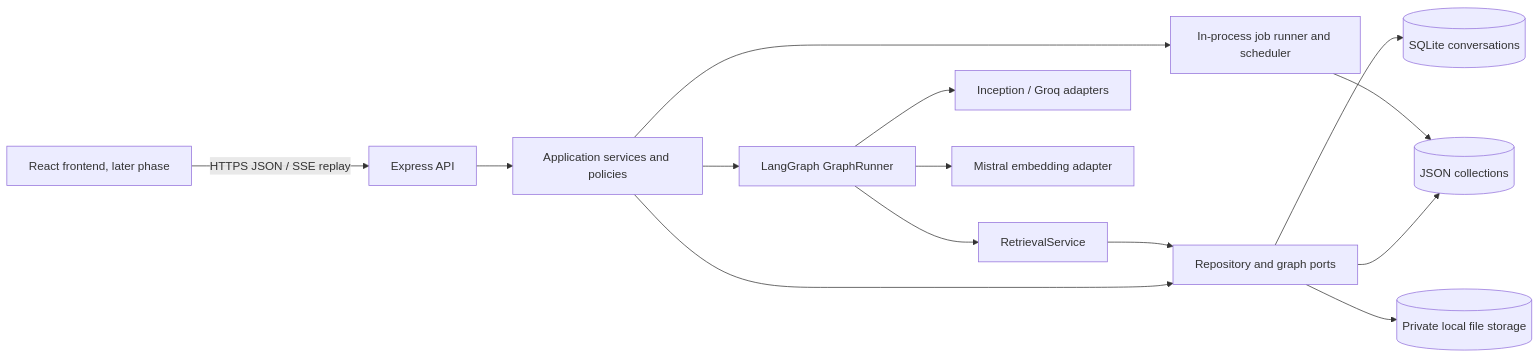
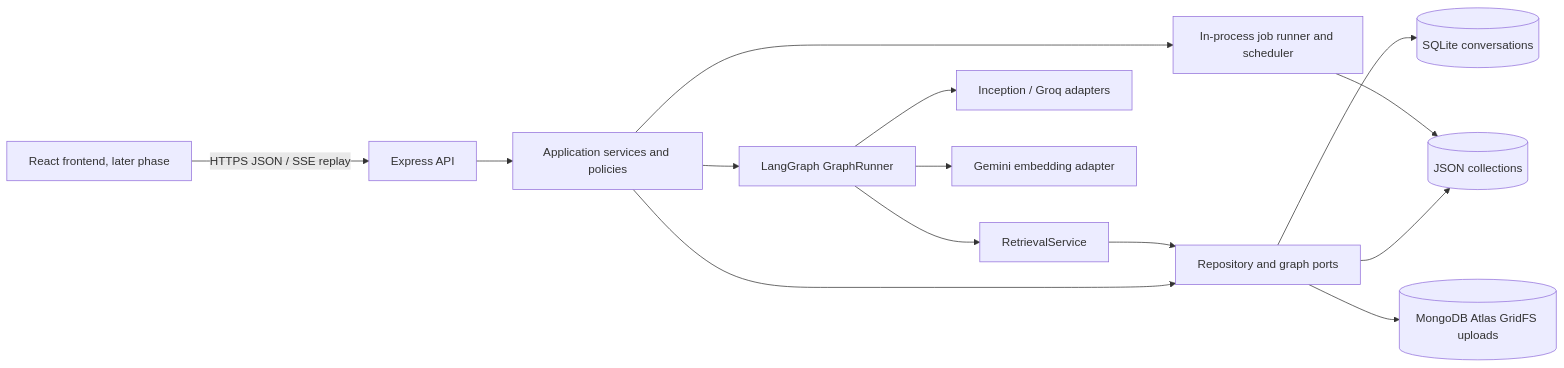
Before and after one commit to Nkululeko-data/ai-learning-assistant: the diagram in docs/architecture/HLD.md, drawn with Mermaid. The commit also changed other lines of this file and 57 other files, not shown here.

````diff
--- a/docs/architecture/HLD.md
+++ b/docs/architecture/HLD.md
@@ -11,16 +11,16 @@
 ```mermaid
 flowchart LR
   Browser[React frontend, later phase] -->|HTTPS JSON / SSE replay| API[Express API]
   API --> APP[Application services and policies]
   APP --> PORTS[Repository and graph ports]
   PORTS --> JSON[(JSON collections)]
   PORTS --> SQL[(SQLite conversations)]
-  PORTS --> FILES[(Private local file storage)]
+  PORTS --> FILES[(MongoDB Atlas GridFS uploads)]
   APP --> JOBS[In-process job runner and scheduler]
   JOBS --> JSON
   APP --> GRAPH[LangGraph GraphRunner]
   GRAPH --> RETRIEVAL[RetrievalService]
   RETRIEVAL --> PORTS
   GRAPH --> LLM[Inception / Groq adapters]
-  GRAPH --> EMBED[Mistral embedding adapter]
+  GRAPH --> EMBED[Gemini embedding adapter]
 ```
````
